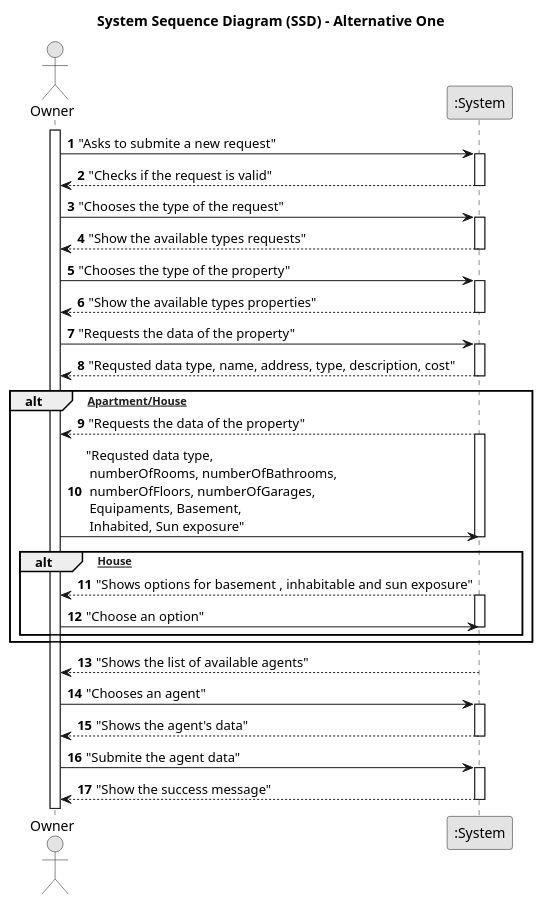
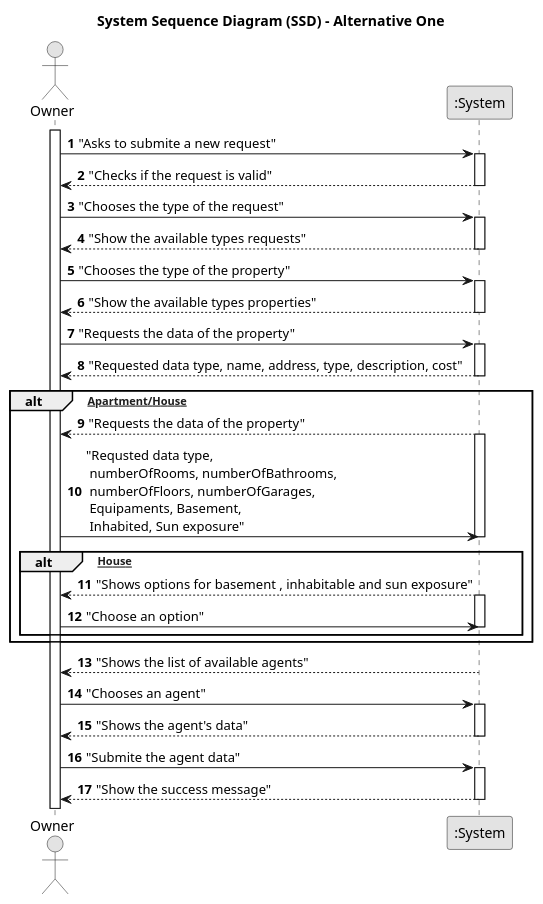
Before and after one commit to hugosilva2901/lei-22-s2-1DO-g68: the diagram in lei-22-s2-1do-g68/docs/sprintA/us004/01.requirements-engineering/puml/us004 - System-Sequence-Diagram-Alternative-One.puml, drawn with PlantUML. The commit also changed 1 other file, not shown here.

```diff
--- a/lei-22-s2-1do-g68/docs/sprintA/us004/01.requirements-engineering/puml/us004 - System-Sequence-Diagram-Alternative-One.puml
+++ b/lei-22-s2-1do-g68/docs/sprintA/us004/01.requirements-engineering/puml/us004 - System-Sequence-Diagram-Alternative-One.puml
@@ -1,73 +1,73 @@
 @startuml
 skinparam monochrome true
 skinparam packageStyle rectangle
 skinparam shadowing false
 
 title System Sequence Diagram (SSD) - Alternative One
 
 autonumber
 
 actor "Owner" as Owner
 participant ":System" as System
 
 activate "Owner"
 
 Owner -> System : "Asks to submite a new request"
 activate System
 
 System --> Owner : "Checks if the request is valid"
 deactivate System
 
 Owner -> System : "Chooses the type of the request"
 activate System
 
 System --> Owner : "Show the available types requests"
 deactivate System
 
 Owner -> System : "Chooses the type of the property"
 activate System
 
 System --> Owner : "Show the available types properties"
 deactivate System
 
 Owner -> System : "Requests the data of the property"
 activate System
 
-System --> Owner : "Requsted data type, name, address, type, description, cost"
+System --> Owner : "Requested data type, name, address, type, description, cost"
 deactivate System
 
 alt [Apartment/House]
 
     System --> Owner : "Requests the data of the property"
     activate System
 
     Owner -> System : "Requsted data type, \n numberOfRooms, numberOfBathrooms, \n numberOfFloors, numberOfGarages, \n Equipaments, Basement, \n Inhabited, Sun exposure"
     deactivate System
 
     alt [House]
     System --> Owner : "Shows options for basement , inhabitable and sun exposure"
     activate System
 
     Owner -> System : "Choose an option"
     deactivate System
 
     end alt
 
     end alt
 
 System --> Owner : "Shows the list of available agents"
 deactivate System
 
 Owner -> System : "Chooses an agent"
 activate System
 
 System --> Owner : "Shows the agent's data"
 deactivate System
 
 Owner -> System : "Submite the agent data"
 activate System
 
 System --> Owner : "Show the success message"
 deactivate System
 
 @enduml
```
